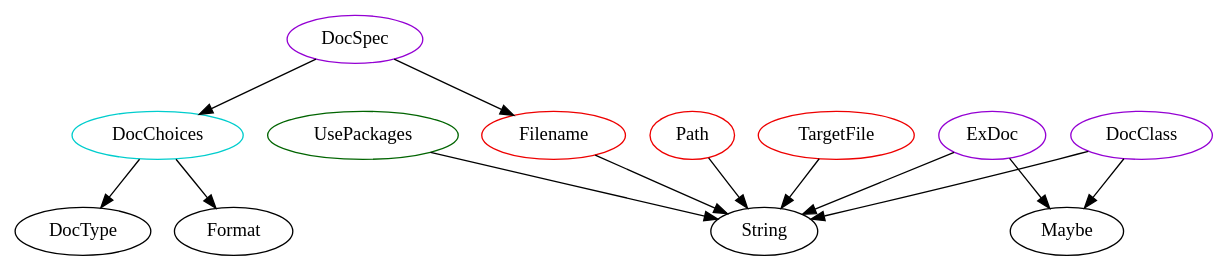
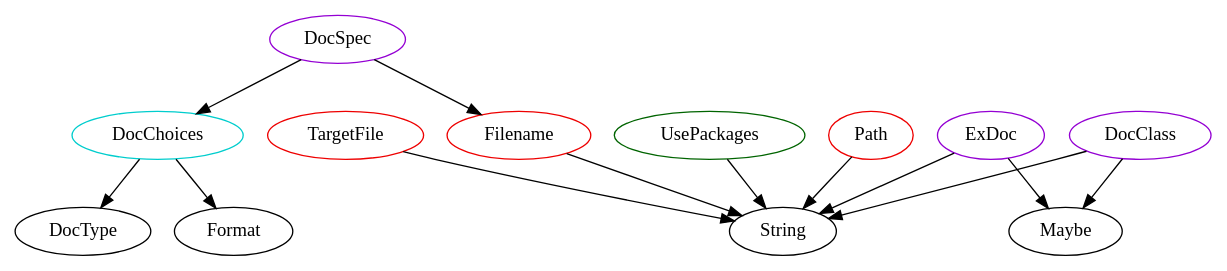
Before and after one commit to JacquesCarette/Drasil: the diagram in analysis/TypeDependencyGraphs/gen.dot, drawn with Graphviz. The commit also changed 737 other files, not shown here.

```diff
--- a/analysis/TypeDependencyGraphs/gen.dot
+++ b/analysis/TypeDependencyGraphs/gen.dot
@@ -1,48 +1,50 @@
 digraph alltypes {
-	subgraph cunkdbh {
+	subgraph baecunkdbhs {
+	}
+	subgraph cunkdumph {
+		subgraph path{
+		Path	[shape=oval, color=red2, label="Path"];
+		Path -> String;
+		}
+		subgraph targetfile{
+		TargetFile	[shape=oval, color=red2, label="TargetFile"];
+		TargetFile -> String;
+		}
 	}
 	subgraph formats {
 		subgraph docchoices{
 		DocChoices	[shape=oval, color=cyan3, label="DocChoices"];
 		DocChoices -> DocType;
 		DocChoices -> Format;
 		}
 		subgraph docspec{
 		DocSpec	[shape=oval, color=darkviolet, label="DocSpec"];
 		DocSpec -> DocChoices;
 		DocSpec -> Filename;
 		}
 		subgraph docclass{
 		DocClass	[shape=oval, color=darkviolet, label="DocClass"];
 		DocClass -> Maybe;
 		DocClass -> String;
 		}
 		subgraph exdoc{
 		ExDoc	[shape=oval, color=darkviolet, label="ExDoc"];
 		ExDoc -> Maybe;
 		ExDoc -> String;
 		}
 		subgraph usepackages{
 		UsePackages	[shape=oval, color=darkgreen, label="UsePackages"];
 		UsePackages -> String;
 		}
 		subgraph filename{
 		Filename	[shape=oval, color=red2, label="Filename"];
 		Filename -> String;
 		}
 	}
-	subgraph dump {
-		subgraph path{
-		Path	[shape=oval, color=red2, label="Path"];
-		Path -> String;
-		}
-		subgraph targetfile{
-		TargetFile	[shape=oval, color=red2, label="TargetFile"];
-		TargetFile -> String;
-		}
-	}
 	subgraph generate {
 	}
 	subgraph typececkh {
 	}
+	subgraph generator {
+	}
 }
```
